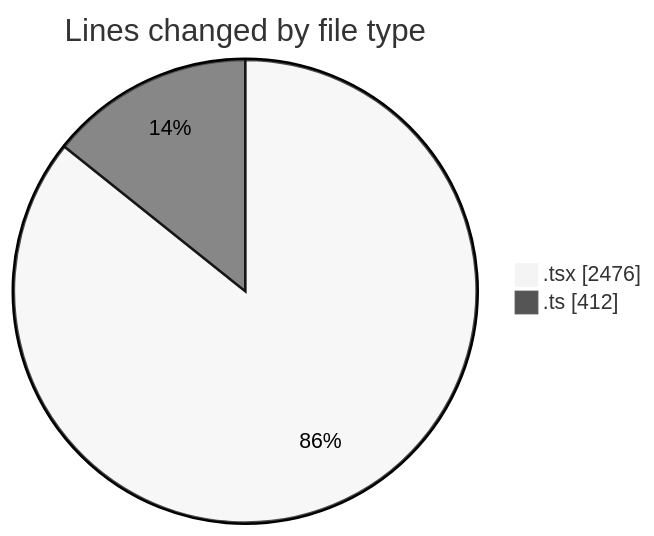
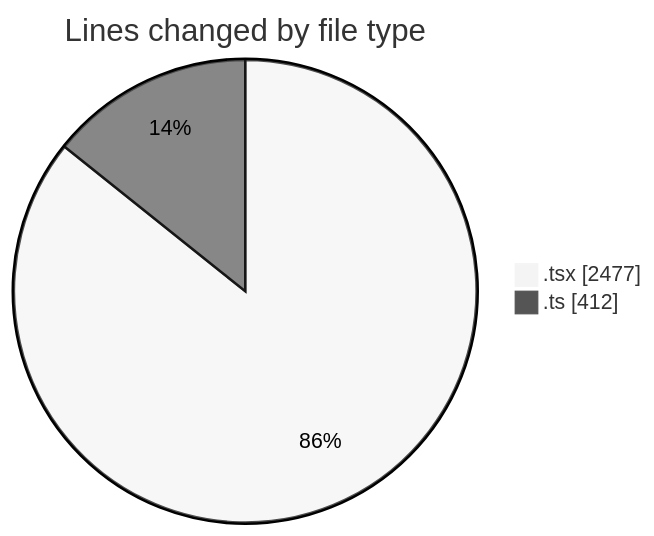
The first of 2 diagrams in 2025-03-17/audiobooks-web/README.md (robertbonfada/code-tracking), drawn with Mermaid (neutral theme) before and after one commit. The commit also changed other lines of this file and 1 other file, not shown here.

````diff
--- a/2025-03-17/audiobooks-web/README.md
+++ b/2025-03-17/audiobooks-web/README.md
@@ -33,6 +33,6 @@
 ```mermaid
 pie showData
 title Lines changed by file type
-".tsx" : 2476
+".tsx" : 2477
 ".ts" : 412
 ```
````
